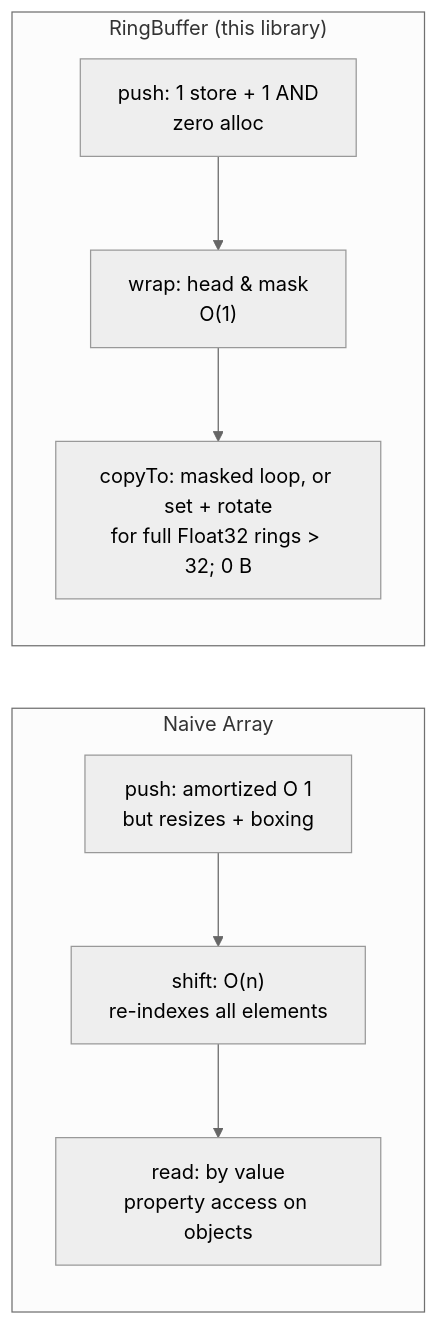
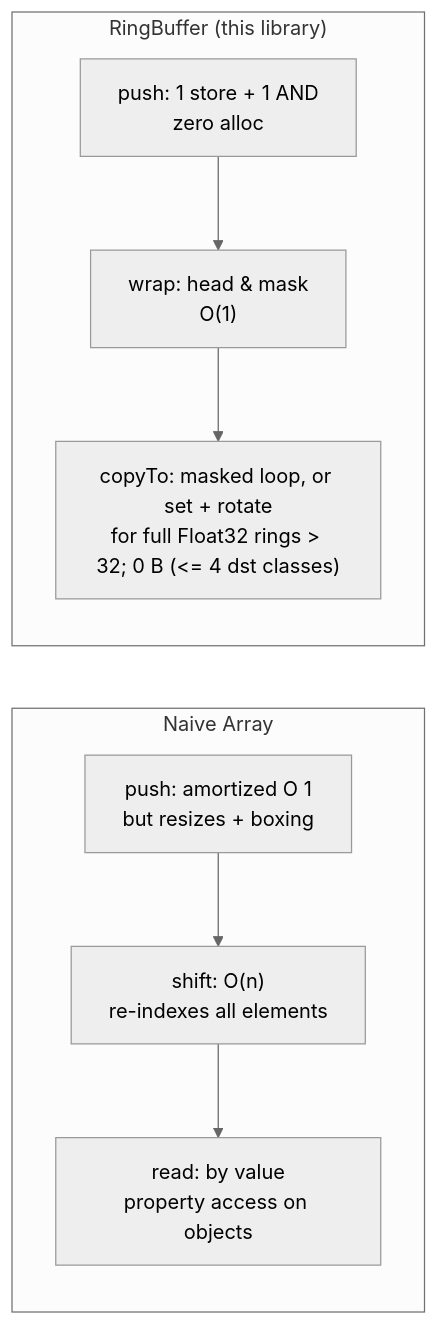
One commit to PeshoVurtoleta/lite-ring-buffer changed the first of 4 diagrams in README.md. Above: the diagram before and after it, drawn with Mermaid (neutral theme). The commit also changed other lines of this file and 7 other files, not shown here.

````diff
--- a/README.md
+++ b/README.md
@@ -71,17 +71,17 @@
 ```mermaid
 flowchart LR
     subgraph N["Naive Array"]
         direction TB
         N1["push: amortized O 1<br/>but resizes + boxing"]
         N2["shift: O(n)<br/>re-indexes all elements"]
         N3["read: by value<br/>property access on objects"]
         N1 --> N2 --> N3
     end
     subgraph R["RingBuffer (this library)"]
         direction TB
         R1["push: 1 store + 1 AND<br/>zero alloc"]
         R2["wrap: head & mask<br/>O(1)"]
-        R3["copyTo: masked loop, or set + rotate<br/>for full Float32 rings > 32; 0 B"]
+        R3["copyTo: masked loop, or set + rotate<br/>for full Float32 rings > 32; 0 B (<= 4 dst classes)"]
         R1 --> R2 --> R3
     end
 ```
````
